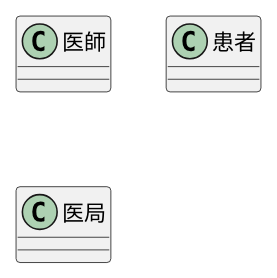
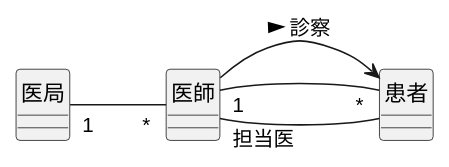
One commit to nagayamasaki/umi-intro changed the diagram in 演習3/演習3-2_CL_医師と患者と医局と診療記録.pu. Above: the diagram before and after it, drawn with PlantUML. The commit also changed 2 other files, not shown here.

```diff
--- a/演習3/演習3-2_CL_医師と患者と医局と診療記録.pu
+++ b/演習3/演習3-2_CL_医師と患者と医局と診療記録.pu
@@ -1,8 +1,20 @@
 @startuml  
+left to right direction
+skinparam ClassAttributeIconSize 0
+
 class 医師{}
 class 患者{}
 'class 患者の診察記録{}
 class 医局{}
 
+患者 "*" -- "1" 医師
+医局 "1" -- "*" 医師
+
+医師 --> 患者:診察 >
+医師"担当医"-- 患者
+
+hide 医師 circle
+hide 患者 circle
+hide 医局 circle
 
 @enduml
```
